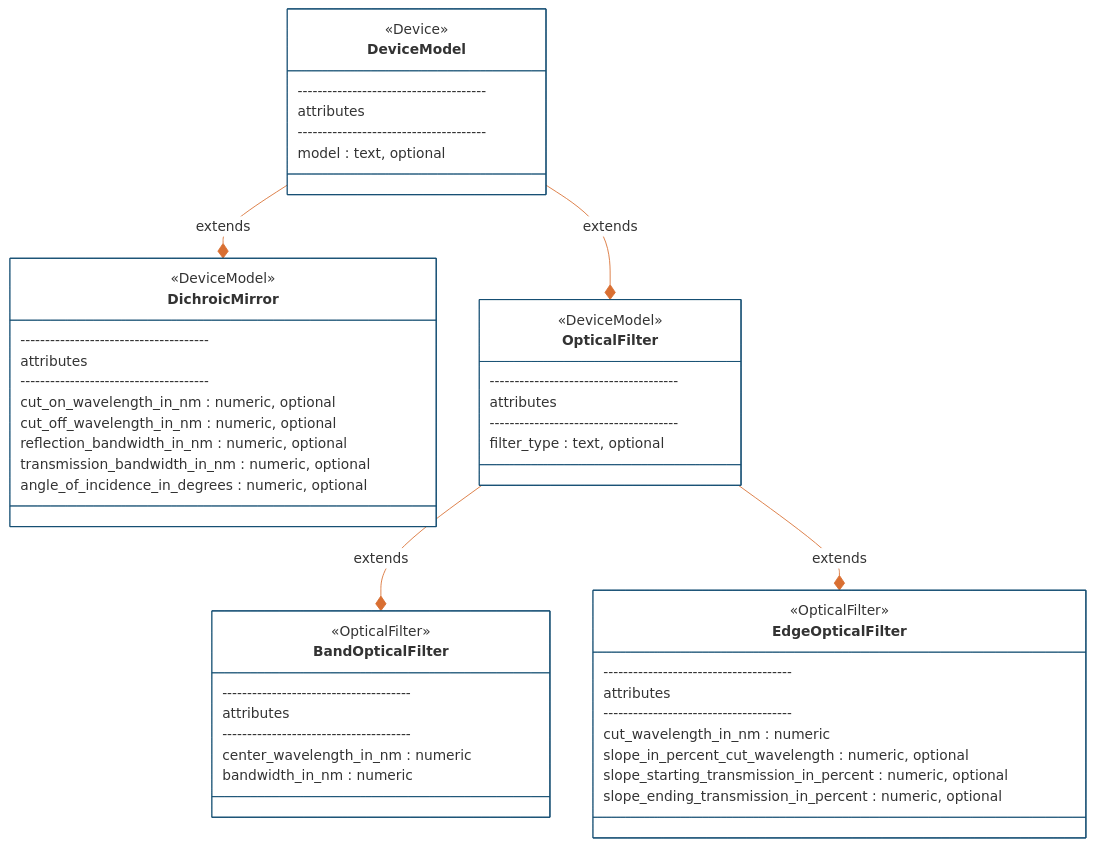
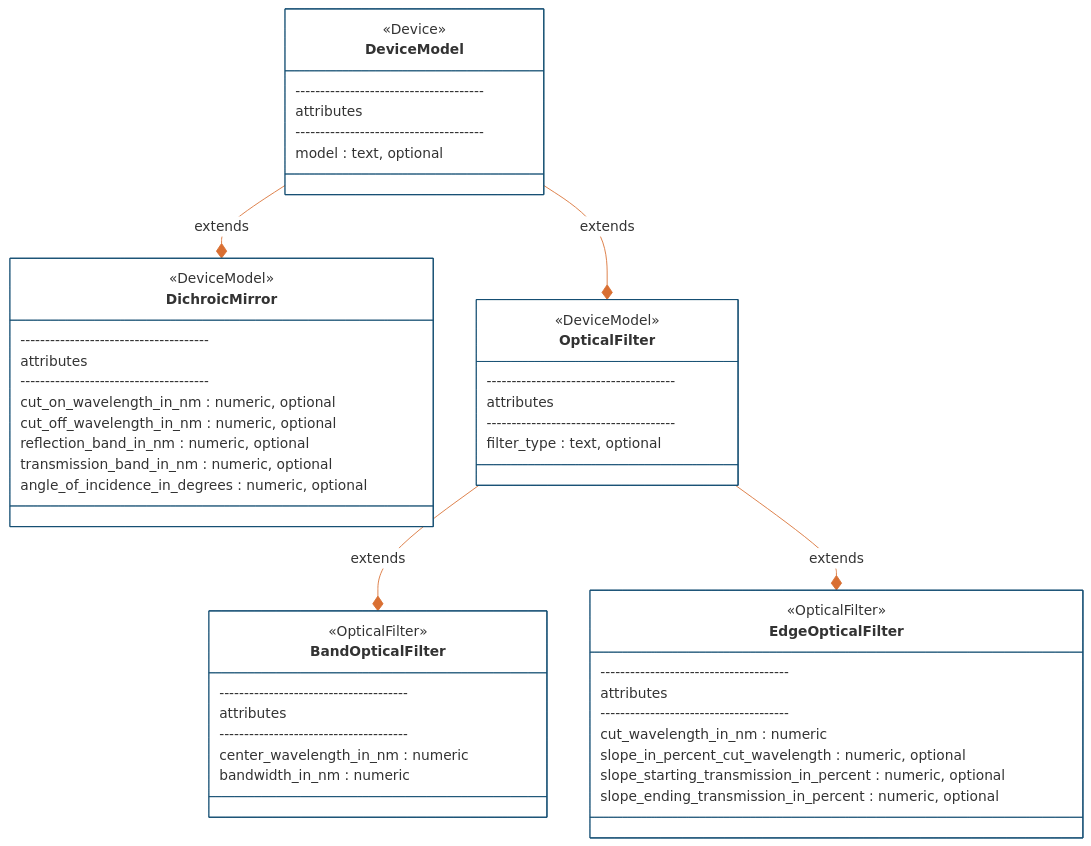
The second of 4 diagrams in README.md (catalystneuro/ndx-ophys-devices), drawn with Mermaid before and after one commit. The commit also changed 2 other files, not shown here.

Commit message:
change dichroic mirror attribute from bandwidth to band

````diff
--- a/README.md
+++ b/README.md
@@ -50,52 +50,52 @@
 ```mermaid
 %%{init: {'theme': 'base', 'themeVariables': {'primaryColor': '#ffffff', "primaryBorderColor': '#144E73', 'lineColor': '#D96F32'}}}%%
 classDiagram
     direction BT
     class DeviceModel{
         <<Device>>
         --------------------------------------
         attributes
         --------------------------------------
         model : text, optional
     }
     class DichroicMirror{
         <<DeviceModel>>
         --------------------------------------
         attributes
         --------------------------------------
         cut_on_wavelength_in_nm : numeric, optional
         cut_off_wavelength_in_nm : numeric, optional
-        reflection_bandwidth_in_nm : numeric, optional
-        transmission_bandwidth_in_nm : numeric, optional
+        reflection_band_in_nm : numeric, optional
+        transmission_band_in_nm : numeric, optional
         angle_of_incidence_in_degrees : numeric, optional
     }
     class OpticalFilter{
         <<DeviceModel>>
         --------------------------------------
         attributes
         --------------------------------------
         filter_type : text, optional
     }
     class BandOpticalFilter{
         <<OpticalFilter>>
         --------------------------------------
         attributes
         --------------------------------------
         center_wavelength_in_nm : numeric
         bandwidth_in_nm : numeric
     }
     class EdgeOpticalFilter{
         <<OpticalFilter>>
         --------------------------------------
         attributes
         --------------------------------------
         cut_wavelength_in_nm : numeric
         slope_in_percent_cut_wavelength : numeric, optional
         slope_starting_transmission_in_percent : numeric, optional
         slope_ending_transmission_in_percent : numeric, optional
     }
     DichroicMirror *-- DeviceModel : extends
     OpticalFilter *-- DeviceModel : extends
     BandOpticalFilter *-- OpticalFilter : extends
     EdgeOpticalFilter *-- OpticalFilter : extends
 ```
````
